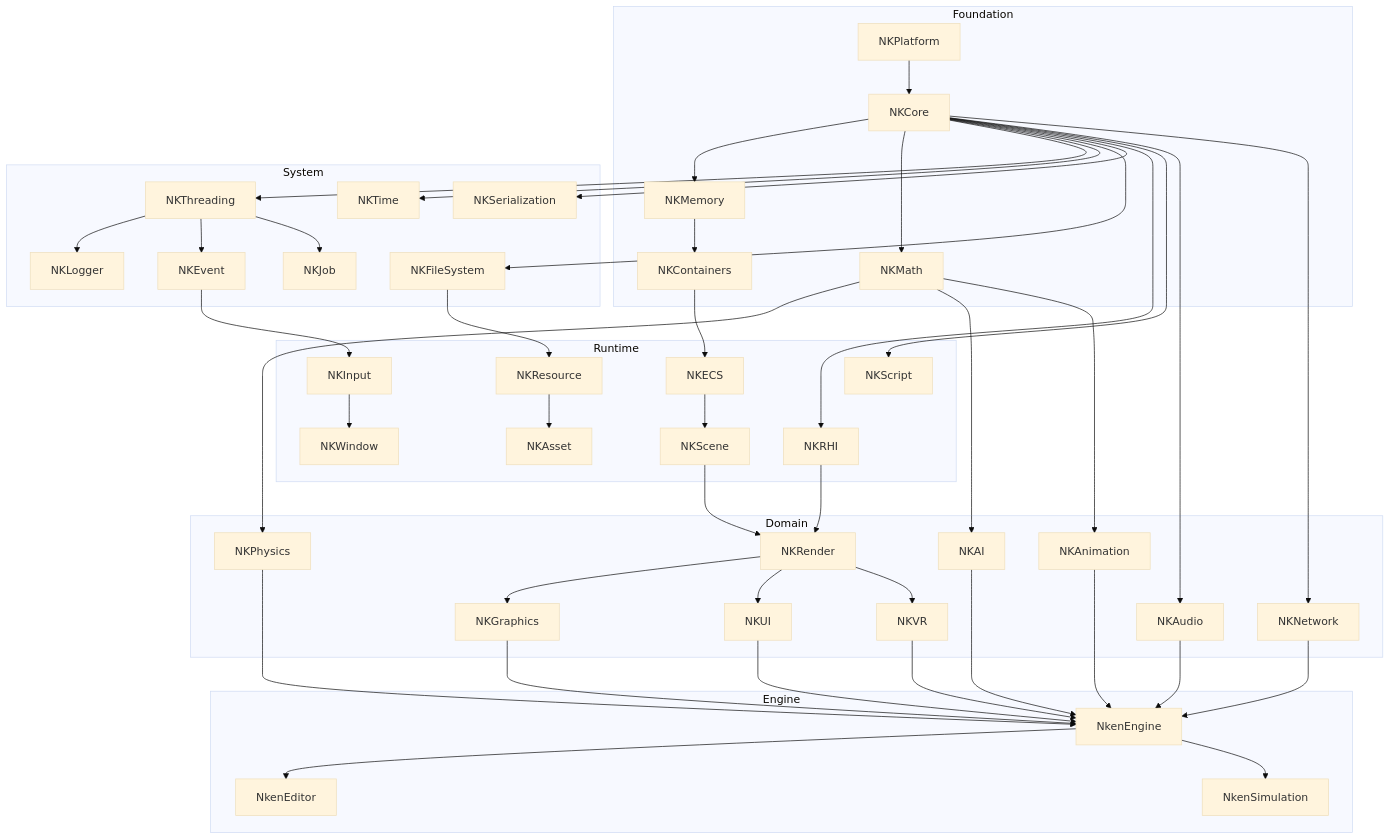
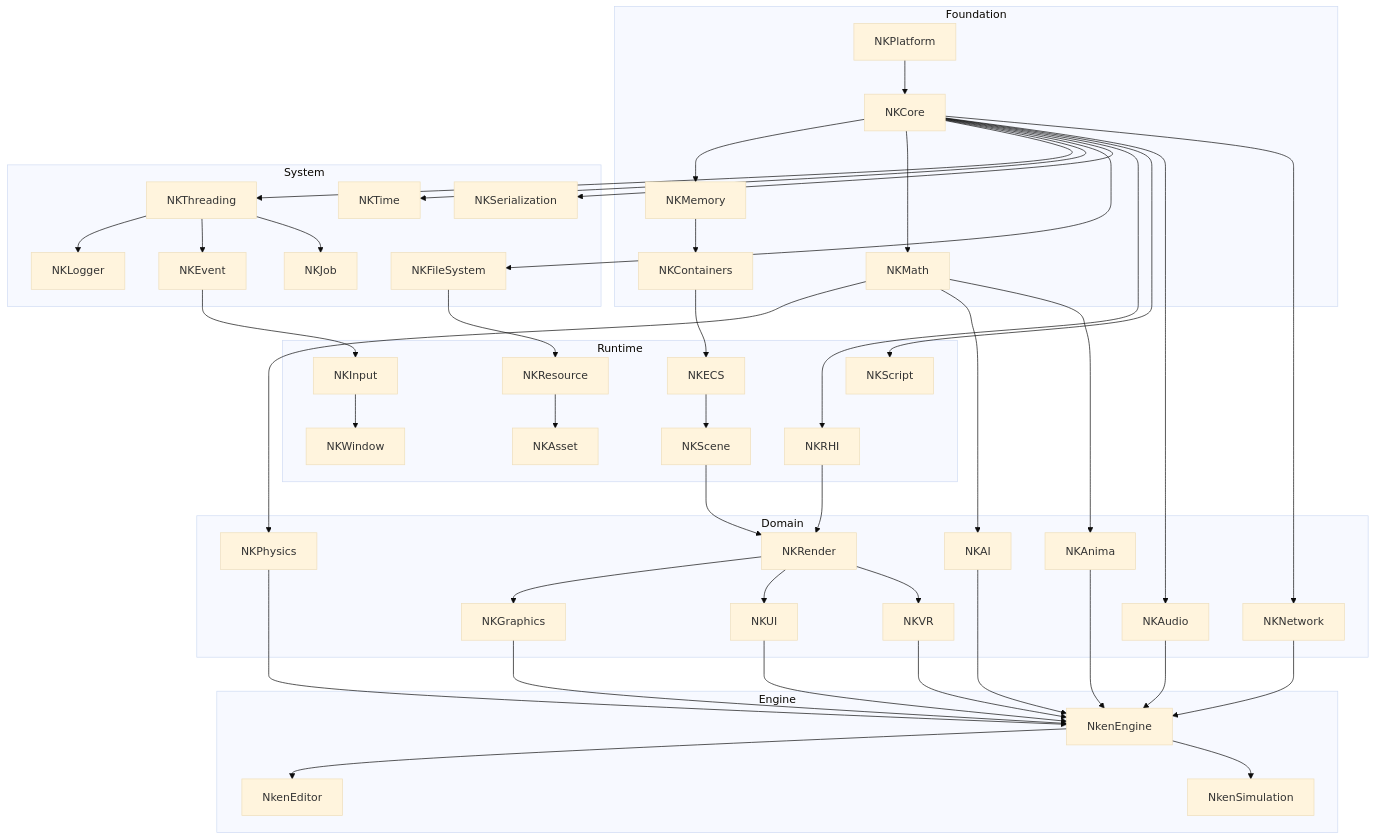
One commit to RihenUniverse/Nkentseu changed the first of 4 diagrams in docs/dd2.md. Above: the diagram before and after it, drawn with Mermaid (base theme). The commit also changed other lines of this file and 787 other files, not shown here.

```diff
--- a/docs/dd2.md
+++ b/docs/dd2.md
@@ -1782,7 +1782,7 @@
         Audio[NKAudio]
         Network[NKNetwork]
         AI[NKAI]
-        Animation[NKAnimation]
+        Animation[NKAnima]
         UI[NKUI]
         VR[NKVR]
     end
```
